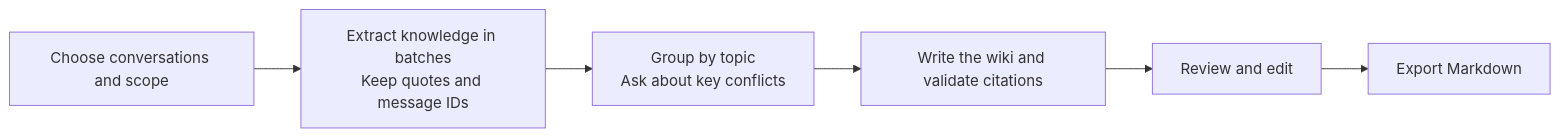
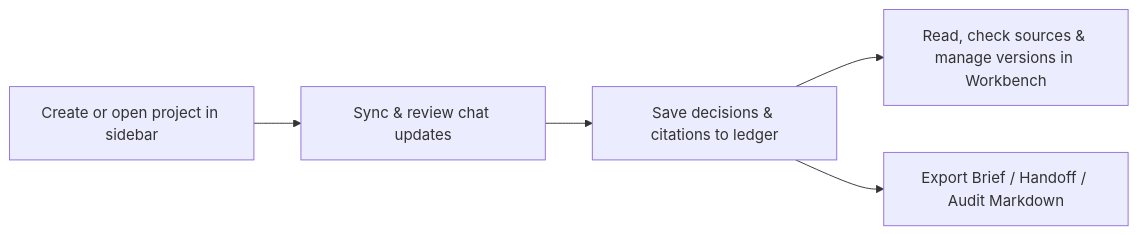
Before and after one commit to CNZHM666/ChatAtlas: the diagram in README.md, drawn with Mermaid. The commit also changed other lines of this file and 539 other files, not shown here.

````diff
--- a/README.md
+++ b/README.md
@@ -86,8 +87,7 @@
 ```mermaid
 flowchart LR
-  A["Choose conversations and scope"] --> B["Extract knowledge in batches<br/>Keep quotes and message IDs"]
-  B --> C["Group by topic<br/>Ask about key conflicts"]
-  C --> D["Write the wiki and validate citations"]
-  D --> E["Review and edit"]
-  E --> F["Export Markdown"]
+  A["Create or open project in sidebar"] --> B["Sync & review chat updates"]
+  B --> C["Save decisions & citations to ledger"]
+  C --> D["Read, check sources & manage versions in Workbench"]
+  C --> E["Export Brief / Handoff / Audit Markdown"]
 ```
````
